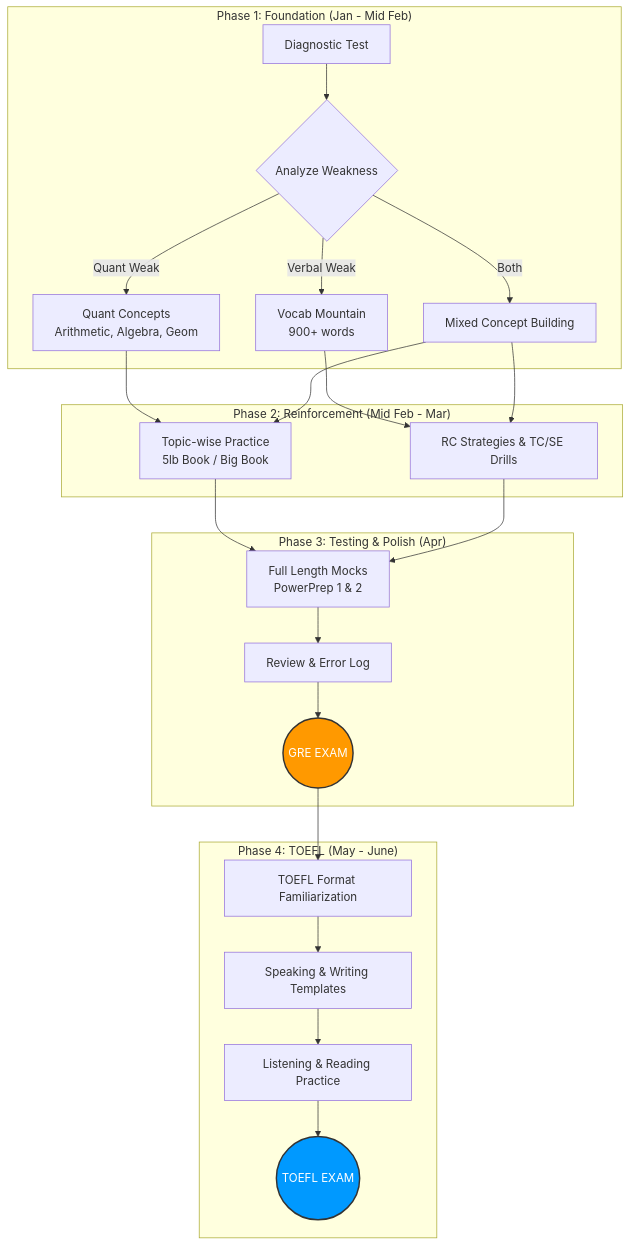
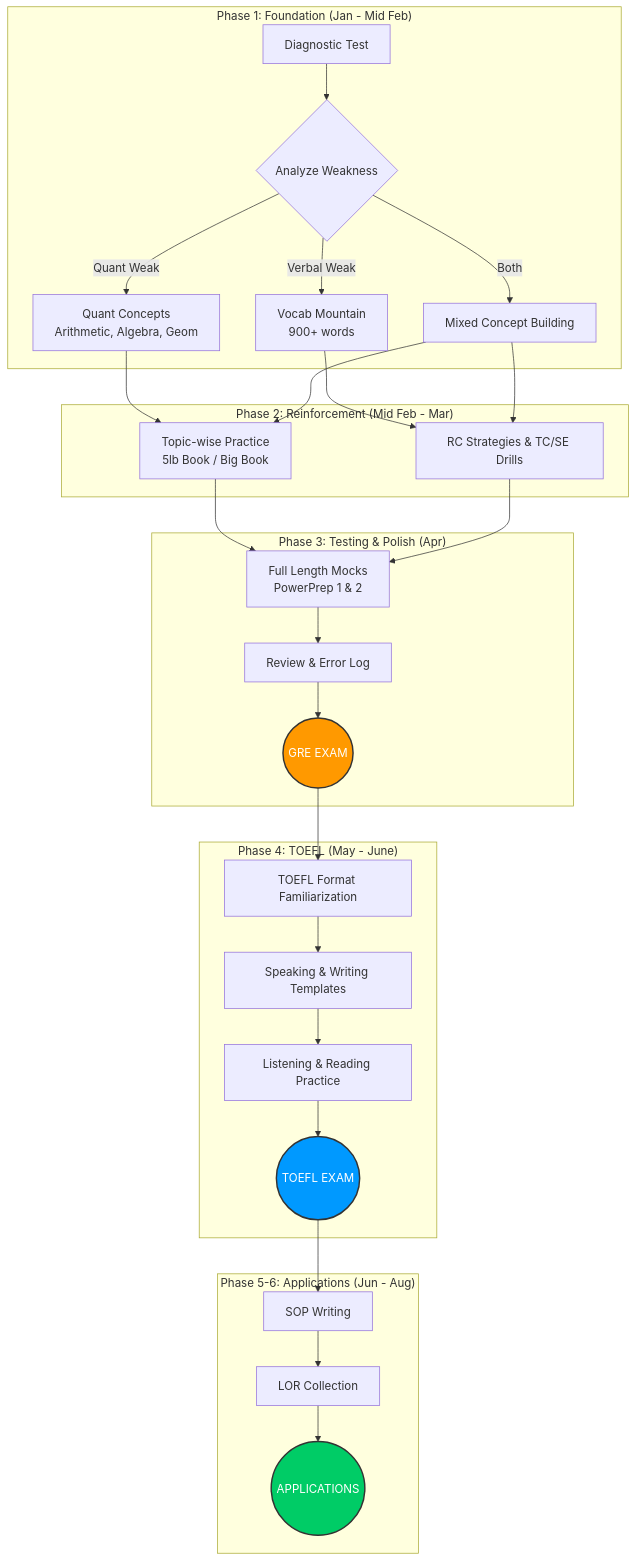
Before and after one commit to taifur-rahaman/NEXTSTOP---ABROAD: the first of 2 diagrams in README.md, drawn with Mermaid. The commit also changed other lines of this file, not shown here.

````diff
--- a/README.md
+++ b/README.md
@@ -153,33 +225,40 @@
 ```mermaid
 graph TD
     subgraph "Phase 1: Foundation (Jan - Mid Feb)"
         A[Diagnostic Test] --> B{Analyze Weakness}
         B -->|Quant Weak| C[Quant Concepts<br>Arithmetic, Algebra, Geom]
         B -->|Verbal Weak| D[Vocab Mountain<br>900+ words]
         B -->|Both| E[Mixed Concept Building]
     end
 
     subgraph "Phase 2: Reinforcement (Mid Feb - Mar)"
         C --> F[Topic-wise Practice<br>5lb Book / Big Book]
         D --> G[RC Strategies & TC/SE Drills]
         E --> F
         E --> G
     end
 
     subgraph "Phase 3: Testing & Polish (Apr)"
         F --> H[Full Length Mocks<br>PowerPrep 1 & 2]
         G --> H
         H --> I[Review & Error Log]
         I --> J((GRE EXAM))
     end
     
     subgraph "Phase 4: TOEFL (May - June)"
         J --> K[TOEFL Format Familiarization]
         K --> L[Speaking & Writing Templates]
         L --> M[Listening & Reading Practice]
         M --> N((TOEFL EXAM))
     end
 
+    subgraph "Phase 5-6: Applications (Jun - Aug)"
+        N --> O[SOP Writing]
+        O --> P[LOR Collection]
+        P --> Q((APPLICATIONS))
+    end
+
     style J fill:#ff9900,stroke:#333,stroke-width:2px,color:white
     style N fill:#0099ff,stroke:#333,stroke-width:2px,color:white
+    style Q fill:#00cc66,stroke:#333,stroke-width:2px,color:white
 ```
````
